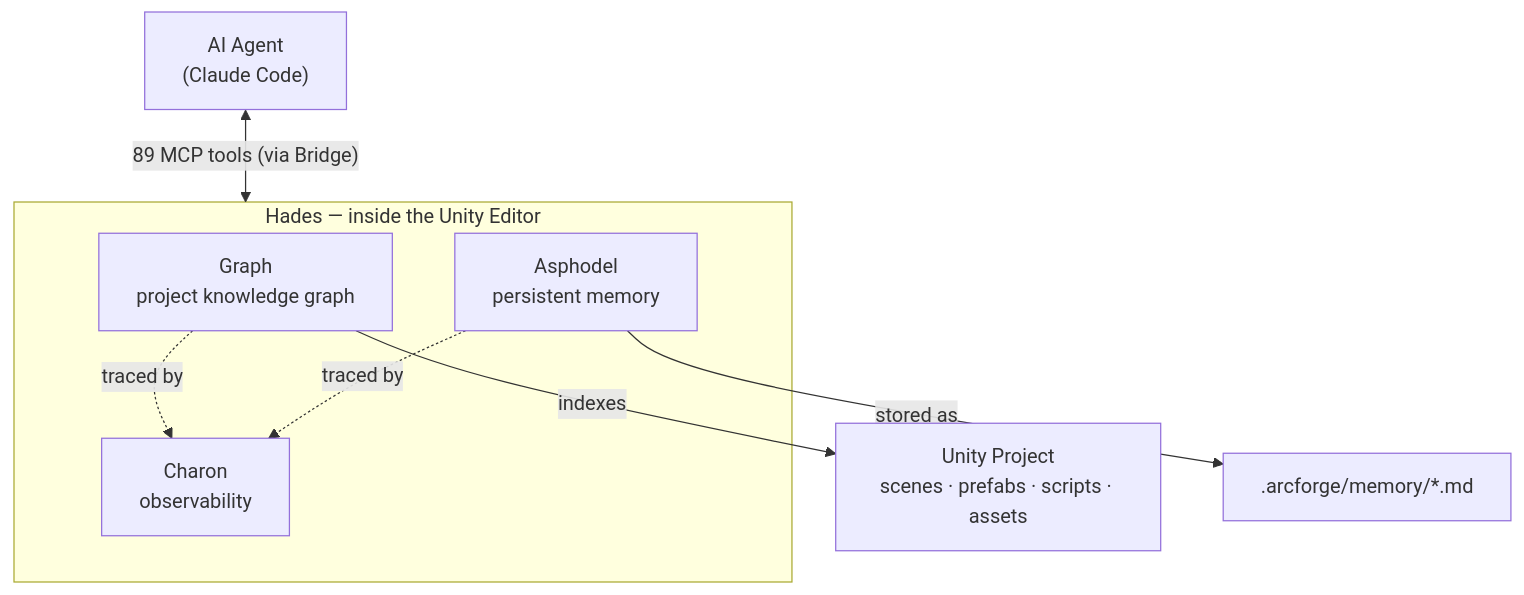
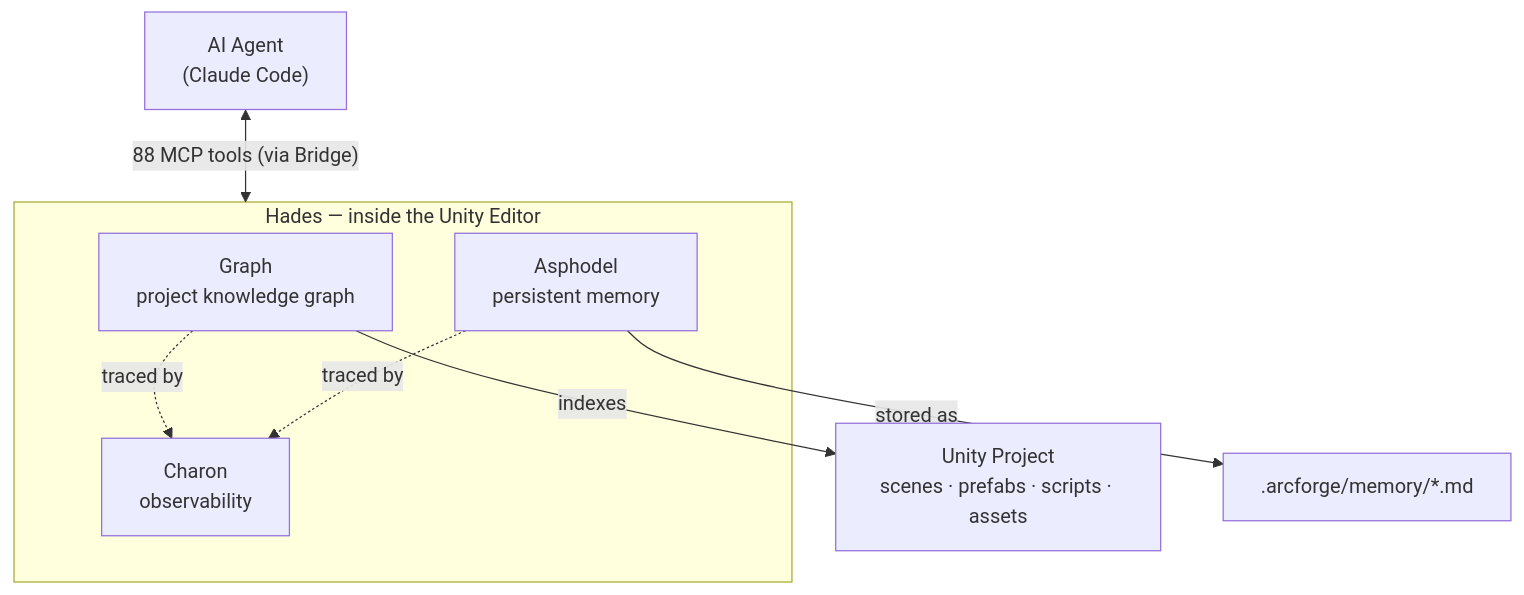
One commit to TheArcForge/Hades changed the diagram in README.md. Above: the diagram before and after it, drawn with Mermaid. The commit also changed other lines of this file and 24 other files, not shown here.

````diff
--- a/README.md
+++ b/README.md
@@ -26,16 +60,16 @@
 ```mermaid
 flowchart TD
     Agent["AI Agent<br/>(Claude Code)"]
-    Agent <-->|"89 MCP tools (via Bridge)"| Hades
+    Agent <-->|"88 MCP tools (via Bridge)"| Hades
 
     subgraph Hades["Hades — inside the Unity Editor"]
         Graph["Graph<br/>project knowledge graph"]
         Asphodel["Asphodel<br/>persistent memory"]
         Charon["Charon<br/>observability"]
     end
 
     Graph -->|"indexes"| Unity["Unity Project<br/>scenes · prefabs · scripts · assets"]
     Asphodel -->|"stored as"| Mem[".arcforge/memory/*.md"]
     Graph -.->|"traced by"| Charon
     Asphodel -.->|"traced by"| Charon
 ```
````
